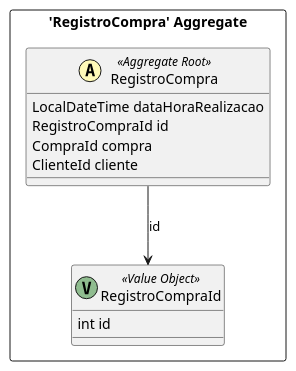
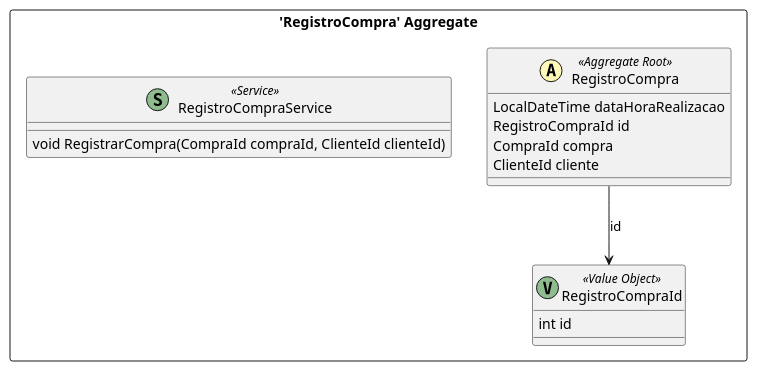
The diagram in ContextMapper/src-gen/ContextMapper_BC_Controle_RegistroCompra.puml (VictorHTenorio/Requisitos-Projeto-de-Software-e-Valida-o), drawn with PlantUML before and after one commit. The commit also changed 10 other files, not shown here.

```diff
--- a/ContextMapper/src-gen/ContextMapper_BC_Controle_RegistroCompra.puml
+++ b/ContextMapper/src-gen/ContextMapper_BC_Controle_RegistroCompra.puml
@@ -1,19 +1,22 @@
 @startuml
 
 skinparam componentStyle uml2
 
 package "'RegistroCompra' Aggregate" <<Rectangle>> {
 	class RegistroCompra <<(A,#fffab8) Aggregate Root>> {
 		LocalDateTime dataHoraRealizacao
 		RegistroCompraId id
 		CompraId compra
 		ClienteId cliente
 	}
 	class RegistroCompraId <<(V,DarkSeaGreen) Value Object>> {
 		int id
 	}
+	class RegistroCompraService <<(S,DarkSeaGreen) Service>> {
+		void RegistrarCompra(CompraId compraId, ClienteId clienteId)
+	}
 }
 RegistroCompra --> RegistroCompraId : id
 
 
 @enduml
```
